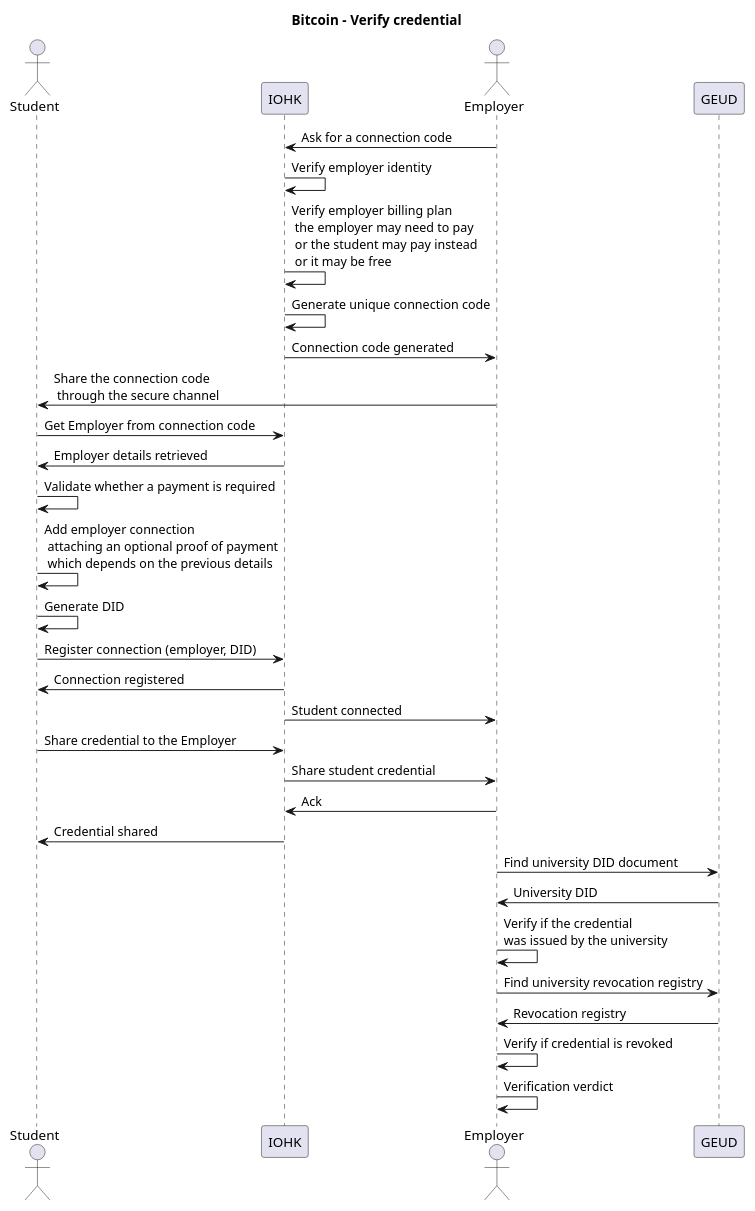
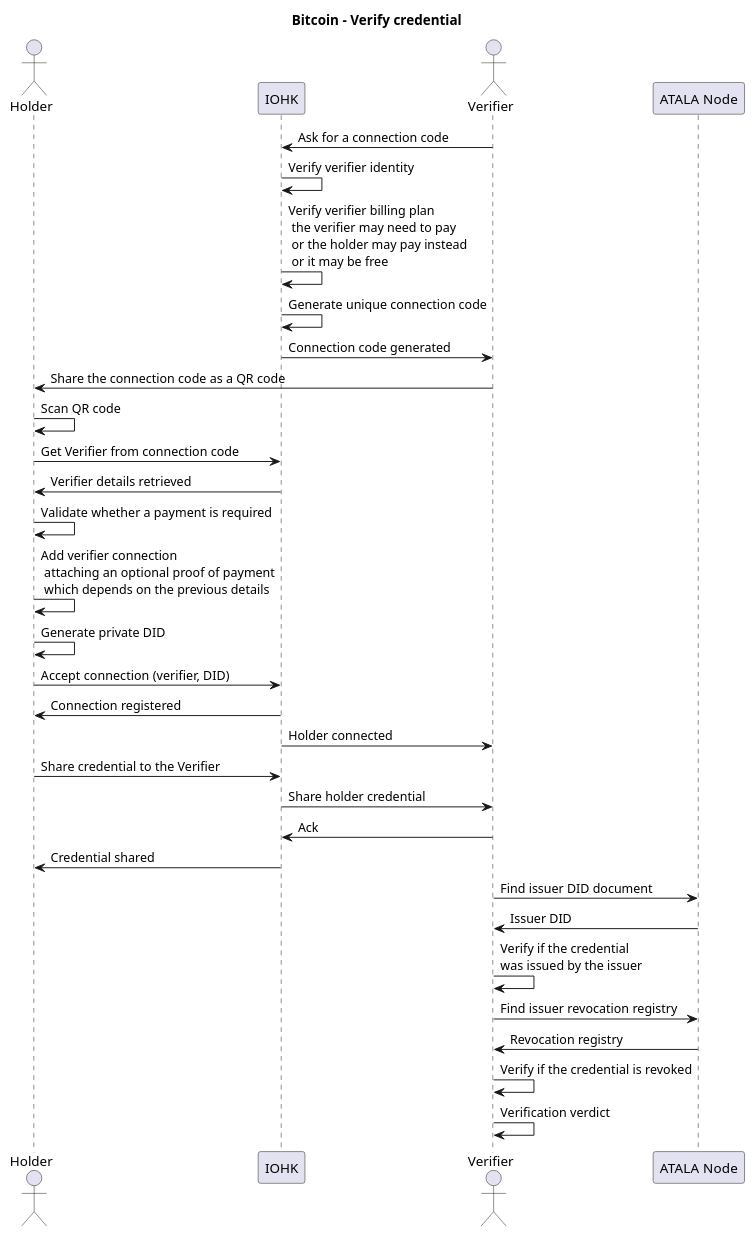
One commit to input-output-hk/atala-prism changed the diagram in credentials-verification/docs/bitcoin/diagrams/verify-credential.puml. Above: the diagram before and after it, drawn with PlantUML. The commit also changed 14 other files, not shown here.

```diff
--- a/credentials-verification/docs/bitcoin/diagrams/verify-credential.puml
+++ b/credentials-verification/docs/bitcoin/diagrams/verify-credential.puml
@@ -1,38 +1,39 @@
 @startuml
 title Bitcoin - Verify credential
 
-actor Student
+actor Holder
 participant IOHK
-actor Employer
-participant GEUD
+actor Verifier
+participant "ATALA Node" as AtalaNode
 
-Employer -> IOHK : Ask for a connection code
-IOHK -> IOHK : Verify employer identity
-IOHK -> IOHK : Verify employer billing plan\n the employer may need to pay\n or the student may pay instead \n or it may be free
+Verifier -> IOHK : Ask for a connection code
+IOHK -> IOHK : Verify verifier identity
+IOHK -> IOHK : Verify verifier billing plan\n the verifier may need to pay\n or the holder may pay instead \n or it may be free
 IOHK -> IOHK : Generate unique connection code
-IOHK -> Employer : Connection code generated
+IOHK -> Verifier : Connection code generated
 
-Employer -> Student : Share the connection code\n through the secure channel
-Student -> IOHK : Get Employer from connection code
-IOHK -> Student : Employer details retrieved
-Student -> Student : Validate whether a payment is required
-Student -> Student : Add employer connection\n attaching an optional proof of payment\n which depends on the previous details
+Verifier -> Holder : Share the connection code as a QR code
+Holder -> Holder : Scan QR code
+Holder -> IOHK : Get Verifier from connection code
+IOHK -> Holder : Verifier details retrieved
+Holder -> Holder : Validate whether a payment is required
+Holder -> Holder : Add verifier connection\n attaching an optional proof of payment\n which depends on the previous details
 
-Student -> Student : Generate DID
-Student -> IOHK : Register connection (employer, DID)
-IOHK -> Student : Connection registered
-IOHK -> Employer : Student connected
+Holder -> Holder : Generate private DID
+Holder -> IOHK : Accept connection (verifier, DID)
+IOHK -> Holder : Connection registered
+IOHK -> Verifier : Holder connected
 
-Student -> IOHK : Share credential to the Employer
-IOHK -> Employer : Share student credential
-Employer -> IOHK : Ack
-IOHK -> Student : Credential shared
+Holder -> IOHK : Share credential to the Verifier
+IOHK -> Verifier : Share holder credential
+Verifier -> IOHK : Ack
+IOHK -> Holder : Credential shared
 
-Employer -> GEUD : Find university DID document
-GEUD -> Employer : University DID
-Employer -> Employer : Verify if the credential \nwas issued by the university
-Employer -> GEUD : Find university revocation registry
-GEUD -> Employer : Revocation registry
-Employer -> Employer : Verify if credential is revoked
-Employer -> Employer : Verification verdict
+Verifier -> AtalaNode : Find issuer DID document
+AtalaNode -> Verifier : Issuer DID
+Verifier -> Verifier : Verify if the credential \nwas issued by the issuer
+Verifier -> AtalaNode : Find issuer revocation registry
+AtalaNode -> Verifier : Revocation registry
+Verifier -> Verifier : Verify if the credential is revoked
+Verifier -> Verifier : Verification verdict
 @enduml
```
